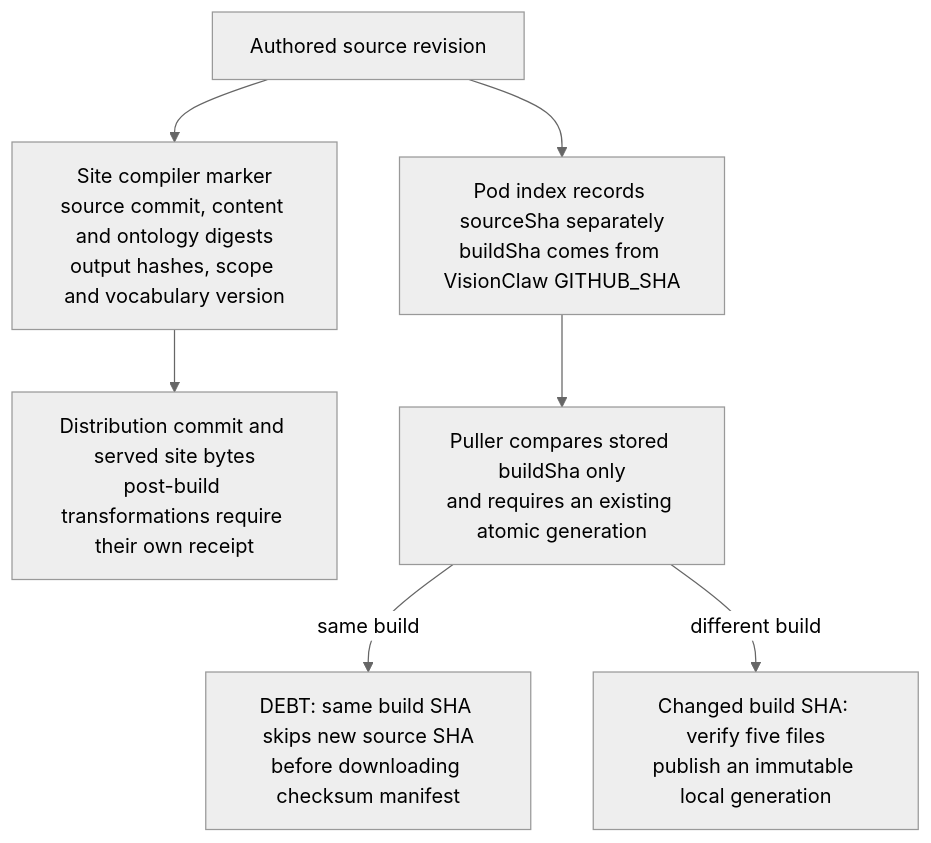
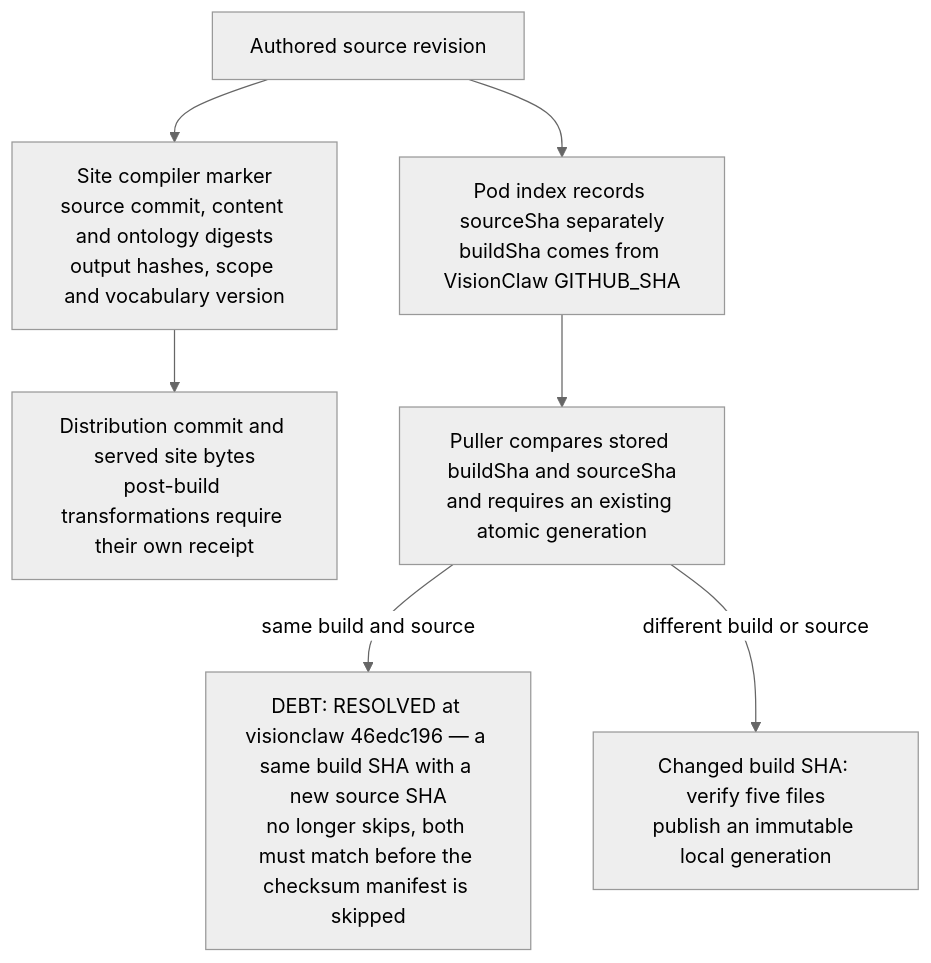
The second of 2 diagrams in docs/diagrams/visiongraph/04-downstream-contracts.md (DreamLab-AI/VisionFlow), drawn with Mermaid (neutral theme) before and after one commit. The commit also changed other lines of this file and 49 other files, not shown here.

First line of the commit message:
docs(diagrams): re-derive and re-stamp VisionClaw, estate, knowledge-graph, visionGraph, VisionFlow and sidestr topics

````diff
--- a/docs/diagrams/visiongraph/04-downstream-contracts.md
+++ b/docs/diagrams/visiongraph/04-downstream-contracts.md
@@ -59,24 +59,25 @@
 ```mermaid
 flowchart TB
     SOURCE["Authored source revision"]
     SITE["Site compiler marker<br/>source commit, content and ontology digests<br/>output hashes, scope and vocabulary version"]
     PUBLIC["Distribution commit and served site bytes<br/>post-build transformations require their own receipt"]
     POD["Pod index records sourceSha separately<br/>buildSha comes from VisionClaw GITHUB_SHA"]
-    CHECK["Puller compares stored buildSha only<br/>and requires an existing atomic generation"]
-    SKIP["DEBT: same build SHA skips new source SHA<br/>before downloading checksum manifest"]
+    CHECK["Puller compares stored buildSha and sourceSha<br/>and requires an existing atomic generation"]
+    SKIP["DEBT: RESOLVED at visionclaw 46edc196 — a same build SHA with a new source SHA<br/>no longer skips, both must match before the checksum manifest is skipped"]
     ACTIVATE["Changed build SHA: verify five files<br/>publish an immutable local generation"]
     SOURCE --> SITE --> PUBLIC
     SOURCE --> POD --> CHECK
-    CHECK -->|"same build"| SKIP
-    CHECK -->|"different build"| ACTIVATE
+    CHECK -->|"same build and source"| SKIP
+    CHECK -->|"different build or source"| ACTIVATE
     %% Source: docs/PUBLICATION-contract.md:14
     %% Source: crates/ontomark-compile/src/build/generation.rs:90
     %% Source: visionGraph/.github/workflows/publish.yml:359
     %% Source: scripts/ontology/pack-pod-resources.py:116
-    %% Source: src/services/ontology_pull.rs:205
-    %% Source: src/services/ontology_pull.rs:312
-    %% Source: src/services/ontology_pull.rs:320
-    %% Source: src/services/ontology_pull.rs:337
-    %% Source: src/services/ontology_pull.rs:378
+    %% Source: src/services/ontology_pull.rs:207
+    %% Source: src/services/ontology_pull.rs:325-327
+    %% Source: src/services/ontology_pull.rs:752
+    %% Source: src/services/ontology_pull.rs:334
+    %% Source: src/services/ontology_pull.rs:351
+    %% Source: src/services/ontology_pull.rs:392
     %% Source: src/services/ontology_generation.rs:127
 ```
````
